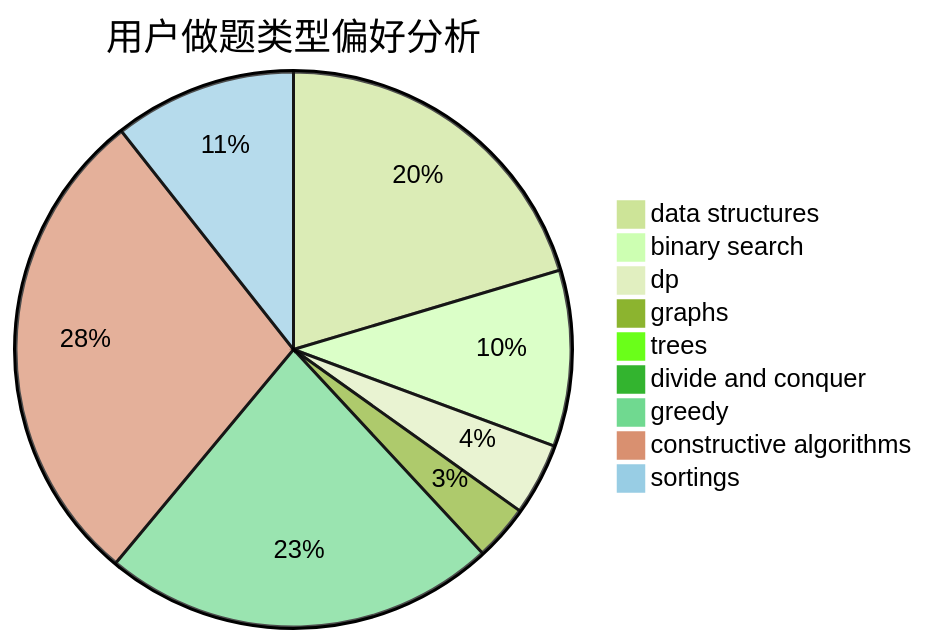
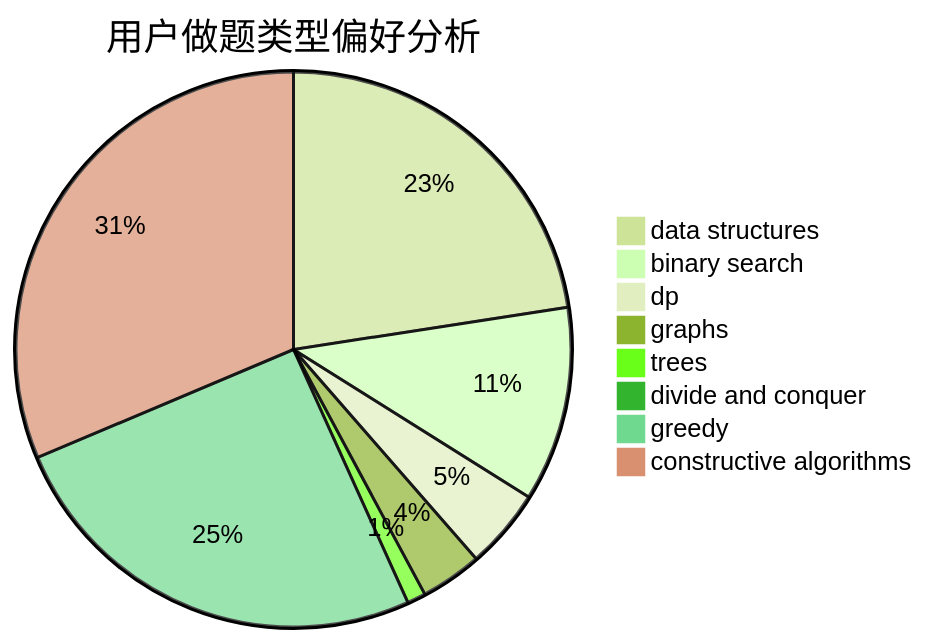
Before and after one commit to sherpahu/cfrs.github.io: the second of 3 diagrams in docs/user/u1732.md, drawn with Mermaid (forest theme). The commit also changed other lines of this file and 2769 other files, not shown here.

````diff
--- a/docs/user/u1732.md
+++ b/docs/user/u1732.md
@@ -18,12 +18,11 @@
 ```mermaid
 pie title 用户做题类型偏好分析
     "data structures" :  334
     "binary search" :  168
     "dp" :  69
     "graphs" :  53
     "trees" :  16
     "divide and conquer" :  0
     "greedy" :  376
     "constructive algorithms" :  464
-    "sortings" :  174
 ```
````
